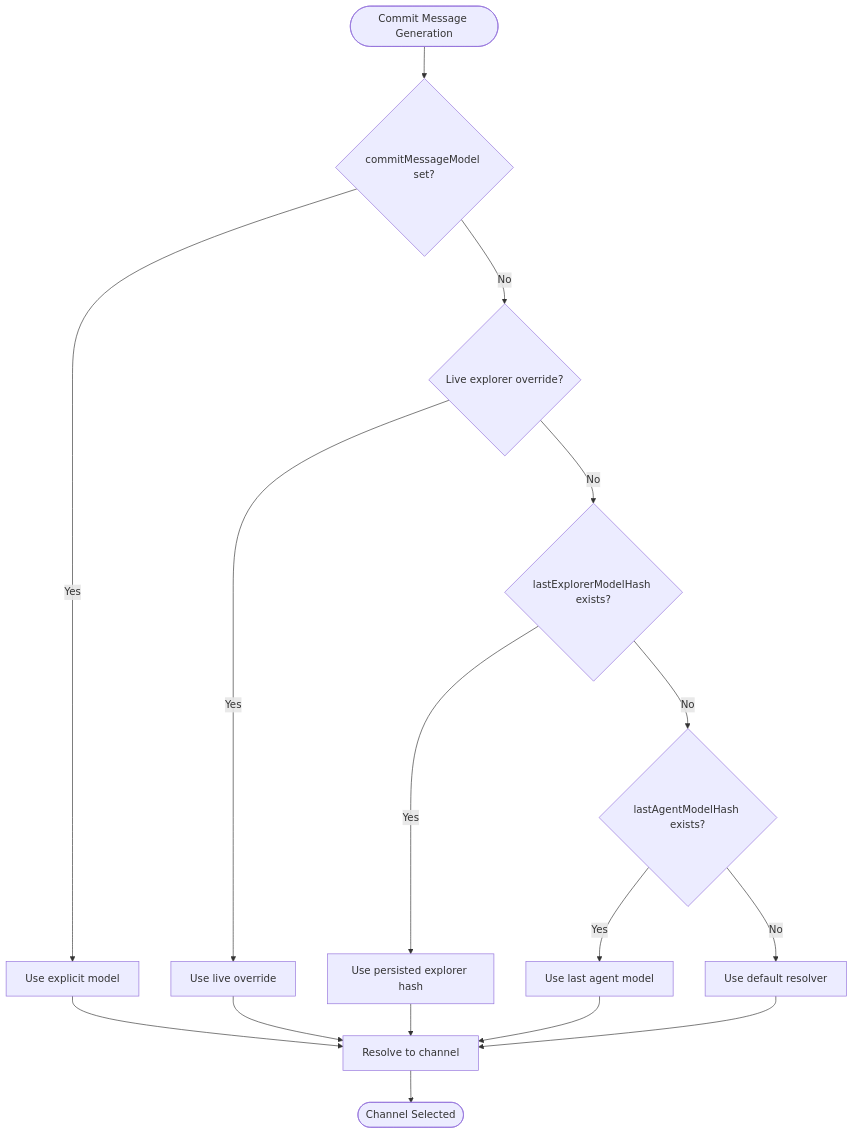
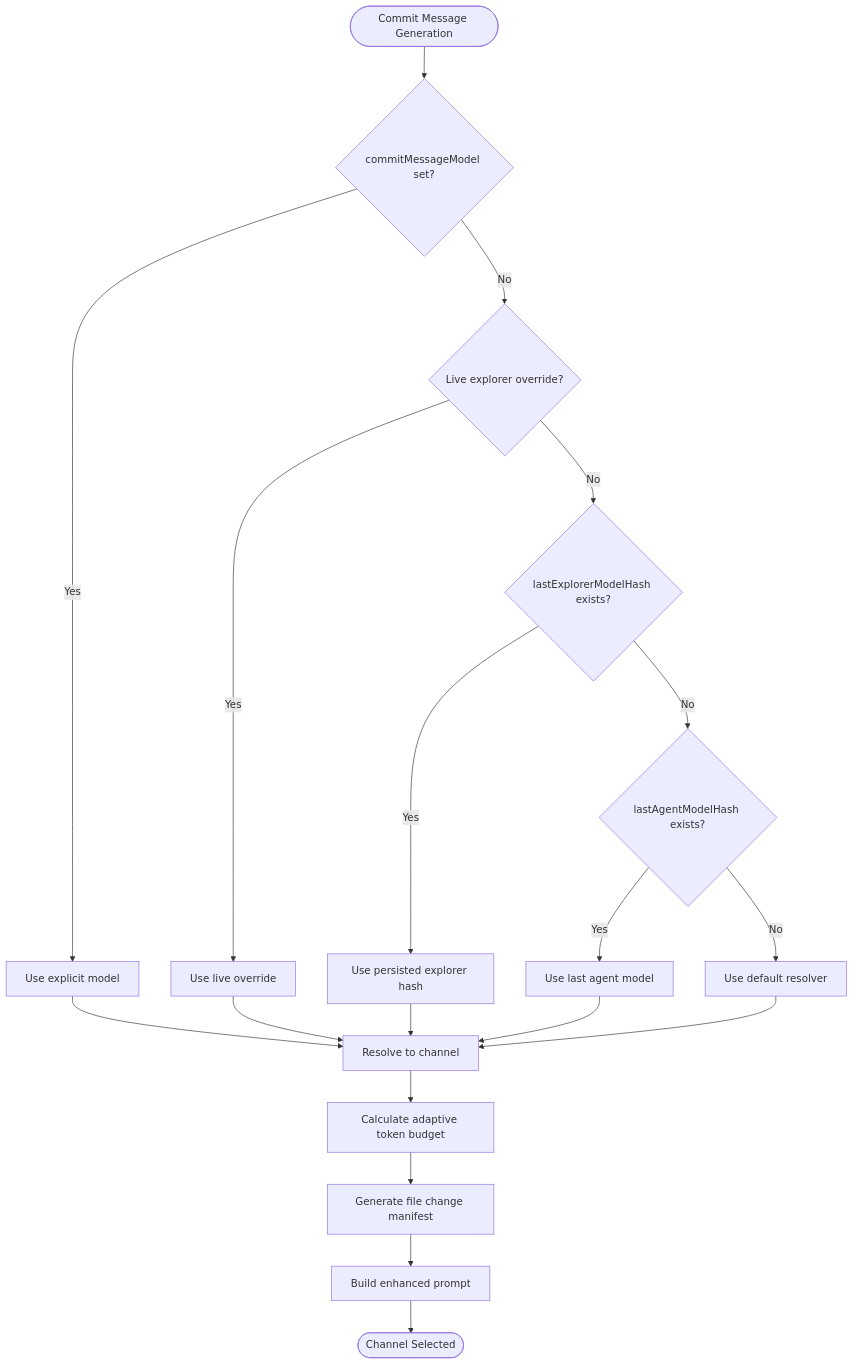
One commit to philau2512/cursor-byok-go-v2 changed the fourth of 10 diagrams in .qoder/repowiki/en/content/Configuration System/Configuration System.md. Above: the diagram before and after it, drawn with Mermaid. The commit also changed other lines of this file and 49 other files, not shown here.

First line of the commit message:
feat(commit_message): enhance commit message generation with adaptive token budgeting and file change manifests

````diff
--- a/.qoder/repowiki/en/content/Configuration System/Configuration System.md
+++ b/.qoder/repowiki/en/content/Configuration System/Configuration System.md
@@ -256,18 +293,21 @@
 ```mermaid
 flowchart TD
 Start(["Commit Message Generation"]) --> CheckExplicit{"commitMessageModel set?"}
 CheckExplicit --> |Yes| UseExplicit["Use explicit model"]
 CheckExplicit --> |No| CheckLive{"Live explorer override?"}
 CheckLive --> |Yes| UseLive["Use live override"]
 CheckLive --> |No| CheckPersisted{"lastExplorerModelHash exists?"}
 CheckPersisted --> |Yes| UsePersisted["Use persisted explorer hash"]
 CheckPersisted --> |No| CheckAgent{"lastAgentModelHash exists?"}
 CheckAgent --> |Yes| UseAgent["Use last agent model"]
 CheckAgent --> |No| DefaultFallback["Use default resolver"]
 UseExplicit --> Resolve["Resolve to channel"]
 UseLive --> Resolve
 UsePersisted --> Resolve
 UseAgent --> Resolve
 DefaultFallback --> Resolve
-Resolve --> End(["Channel Selected"])
+Resolve --> BudgetCalc["Calculate adaptive token budget"]
+BudgetCalc --> ManifestGen["Generate file change manifest"]
+ManifestGen --> PromptBuild["Build enhanced prompt"]
+PromptBuild --> End(["Channel Selected"])
 ```
````
